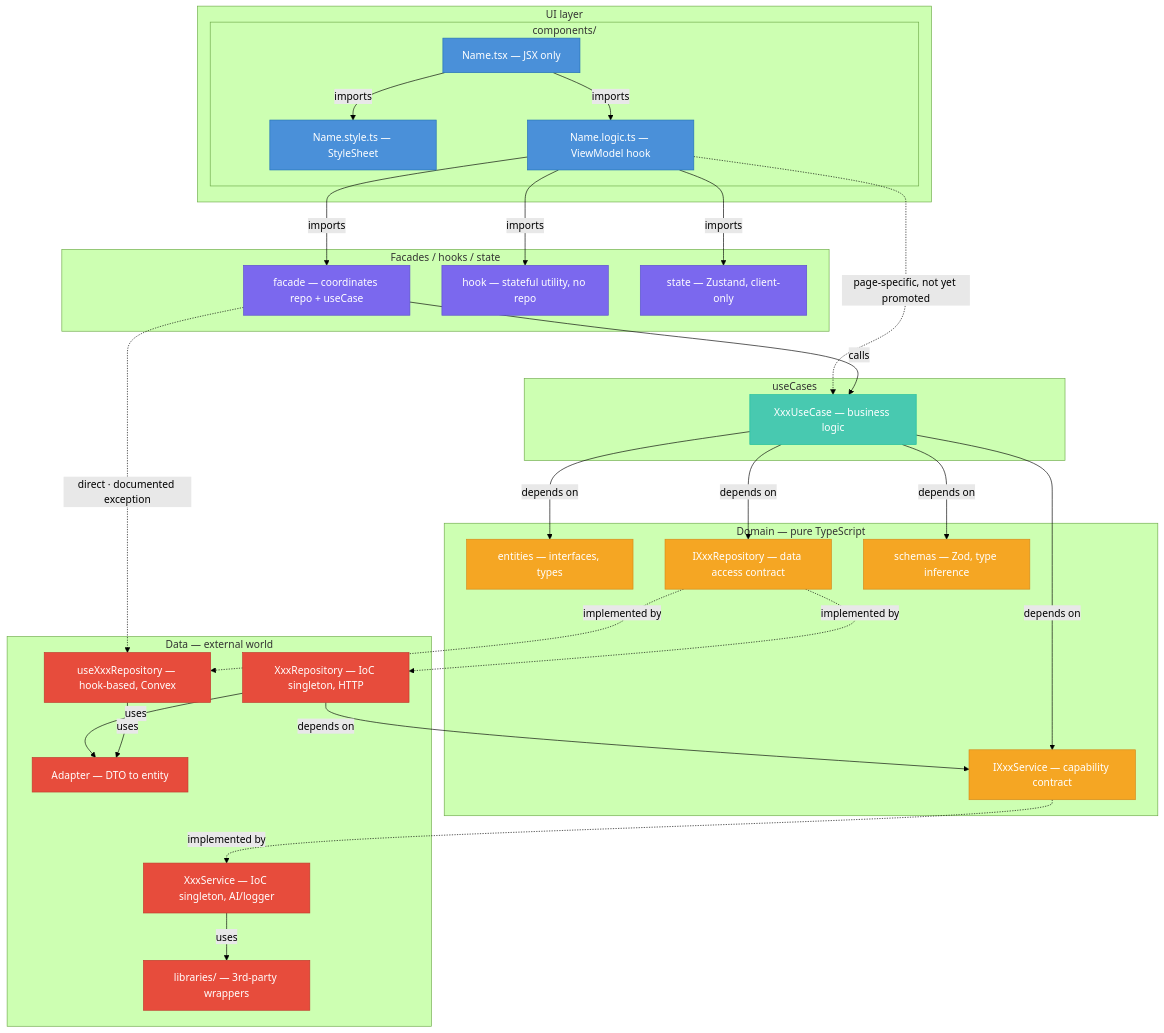
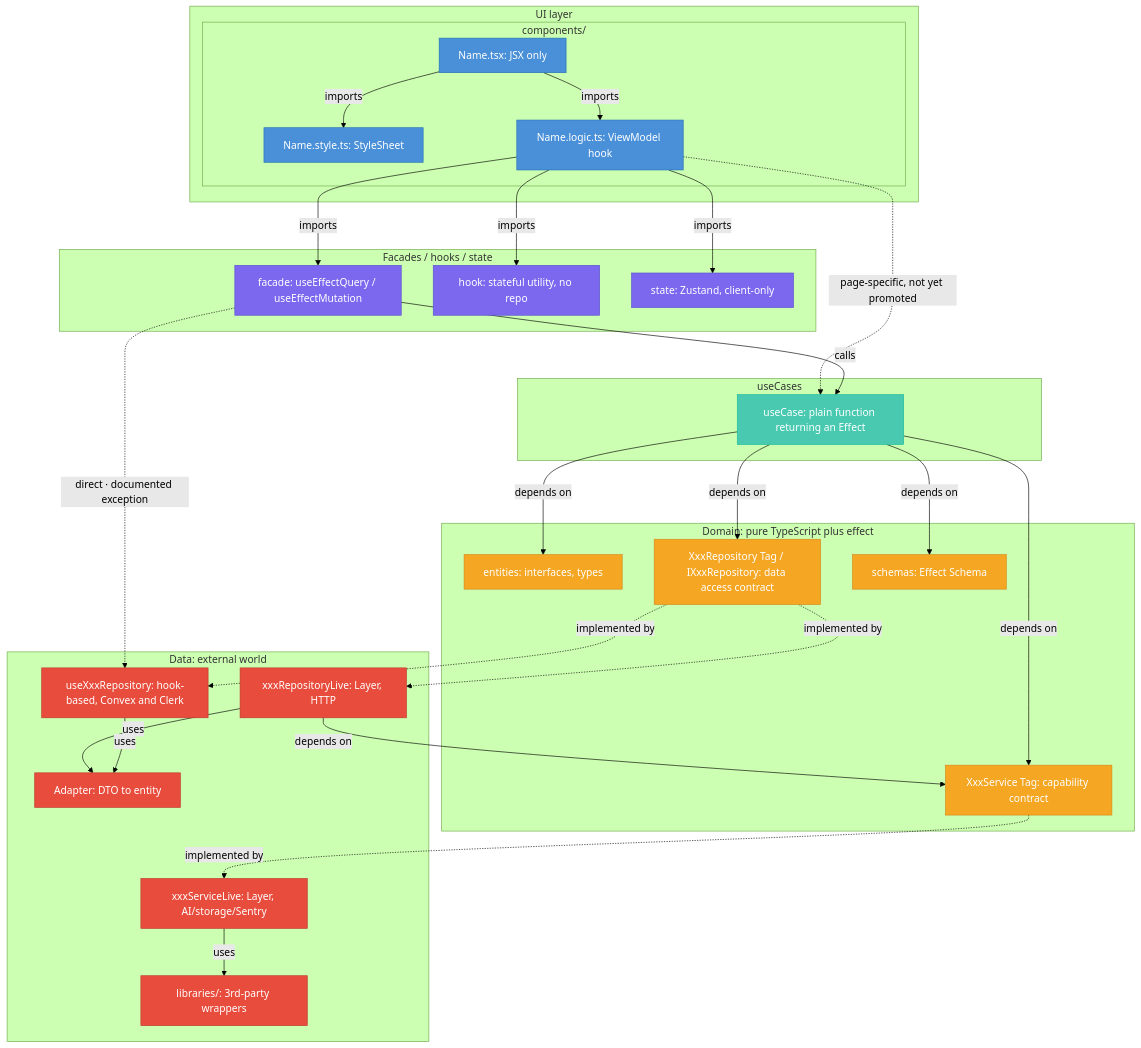
The diagram in wiki/docs/diagrams/architecture.mermaid (timothyrusso/HolidAI), drawn with Mermaid (forest theme) before and after one commit. The commit also changed 2 other files, not shown here.

Commit message:
docs(506): architecture and error handling deltas for Effect

```diff
--- a/wiki/docs/diagrams/architecture.mermaid
+++ b/wiki/docs/diagrams/architecture.mermaid
@@ -1,68 +1,68 @@
 %% Preview options:
 %% - VS Code extension : https://github.com/Mermaid-Chart/vscode-mermaid-chart
 %% - Online viewer     : https://mermaid.live/
 
 flowchart TD
     classDef ui       fill:#4A90D9,stroke:#2171B5,color:#fff
     classDef facade   fill:#7B68EE,stroke:#5A4FCF,color:#fff
     classDef usecase  fill:#48C9B0,stroke:#1ABC9C,color:#fff
     classDef domain   fill:#F5A623,stroke:#D4891A,color:#fff
     classDef data     fill:#E74C3C,stroke:#C0392B,color:#fff
     classDef core     fill:#7F8C8D,stroke:#616A6B,color:#fff
 
     subgraph UI["UI layer"]
         subgraph Components["components/"]
-            TSX["Name.tsx — JSX only"]:::ui
-            STY["Name.style.ts — StyleSheet"]:::ui
-            LOG["Name.logic.ts — ViewModel hook"]:::ui
+            TSX["Name.tsx: JSX only"]:::ui
+            STY["Name.style.ts: StyleSheet"]:::ui
+            LOG["Name.logic.ts: ViewModel hook"]:::ui
             TSX -->|"imports"| STY
             TSX -->|"imports"| LOG
         end
     end
 
     subgraph FHS["Facades / hooks / state"]
-        FAC["facade — coordinates repo + useCase"]:::facade
-        HOK["hook — stateful utility, no repo"]:::facade
-        STA["state — Zustand, client-only"]:::facade
+        FAC["facade: useEffectQuery / useEffectMutation"]:::facade
+        HOK["hook: stateful utility, no repo"]:::facade
+        STA["state: Zustand, client-only"]:::facade
     end
 
     subgraph UC["useCases"]
-        USE["XxxUseCase — business logic"]:::usecase
+        USE["useCase: plain function returning an Effect"]:::usecase
     end
 
-    subgraph DOM["Domain — pure TypeScript"]
-        ENT["entities — interfaces, types"]:::domain
-        IREP["IXxxRepository — data access contract"]:::domain
-        ISVC["IXxxService — capability contract"]:::domain
-        SCH["schemas — Zod, type inference"]:::domain
+    subgraph DOM["Domain: pure TypeScript plus effect"]
+        ENT["entities: interfaces, types"]:::domain
+        IREP["XxxRepository Tag / IXxxRepository: data access contract"]:::domain
+        ISVC["XxxService Tag: capability contract"]:::domain
+        SCH["schemas: Effect Schema"]:::domain
     end
 
-    subgraph DAT["Data — external world"]
-        HREP["useXxxRepository — hook-based, Convex"]:::data
-        CREP["XxxRepository — IoC singleton, HTTP"]:::data
-        ADA["Adapter — DTO to entity"]:::data
-        SVC["XxxService — IoC singleton, AI/logger"]:::data
-        LIB["libraries/ — 3rd-party wrappers"]:::data
+    subgraph DAT["Data: external world"]
+        HREP["useXxxRepository: hook-based, Convex and Clerk"]:::data
+        CREP["xxxRepositoryLive: Layer, HTTP"]:::data
+        ADA["Adapter: DTO to entity"]:::data
+        SVC["xxxServiceLive: Layer, AI/storage/Sentry"]:::data
+        LIB["libraries/: 3rd-party wrappers"]:::data
     end
 
     LOG -->|"imports"| FAC
     LOG -->|"imports"| HOK
     LOG -->|"imports"| STA
     LOG -.->|"page-specific, not yet promoted"| USE
 
     FAC -->|"calls"| USE
     FAC -.->|"direct · documented exception"| HREP
 
     USE -->|"depends on"| ENT
     USE -->|"depends on"| IREP
     USE -->|"depends on"| ISVC
     USE -->|"depends on"| SCH
 
     IREP -.->|"implemented by"| HREP
     IREP -.->|"implemented by"| CREP
     ISVC -.->|"implemented by"| SVC
 
     CREP -->|"depends on"| ISVC
     CREP -->|"uses"| ADA
     HREP -->|"uses"| ADA
     SVC -->|"uses"| LIB
```
